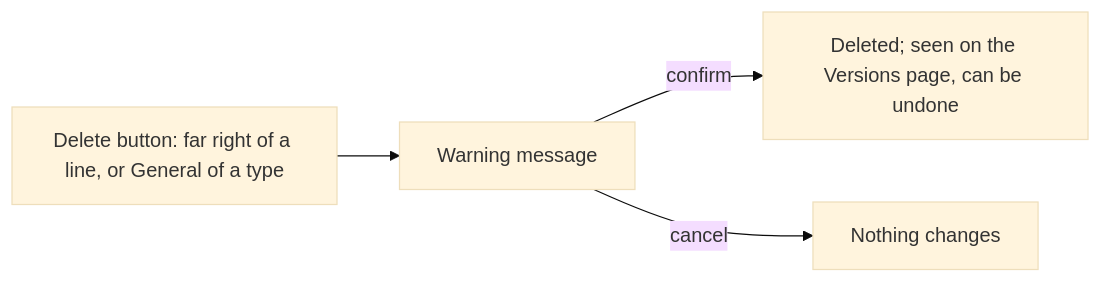
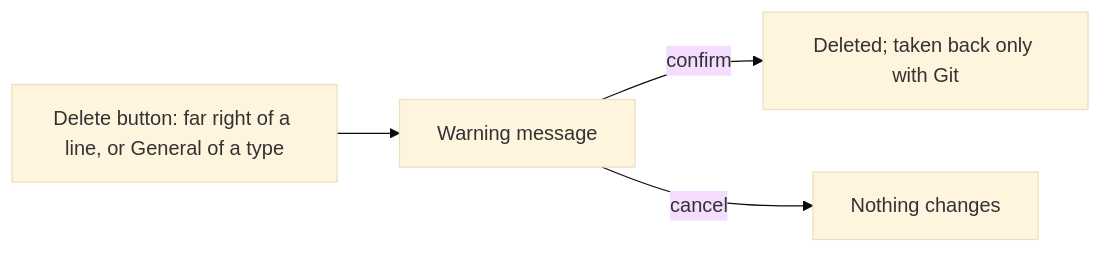
One commit to AlexandreGallais/synoptic-studio-spec changed the third of 6 diagrams in screens/README.md. Above: the diagram before and after it, drawn with Mermaid (base theme). The commit also changed other lines of this file and 4 other files, not shown here.

````diff
--- a/screens/README.md
+++ b/screens/README.md
@@ -112,6 +112,6 @@
 ```mermaid
 flowchart LR
     B["Delete button: far right of a line, or General of a type"] --> W["Warning message"]
-    W -->|"confirm"| D["Deleted; seen on the Versions page, can be undone"]
+    W -->|"confirm"| D["Deleted; taken back only with Git"]
     W -->|"cancel"| K["Nothing changes"]
 ```
````
